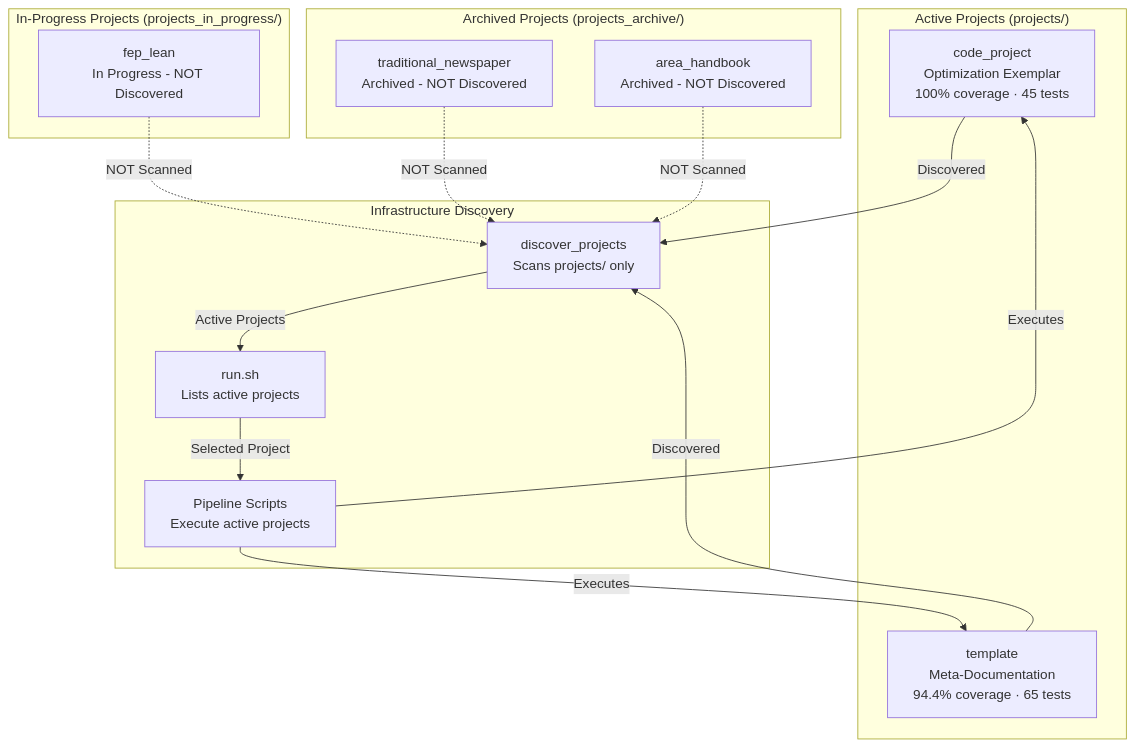
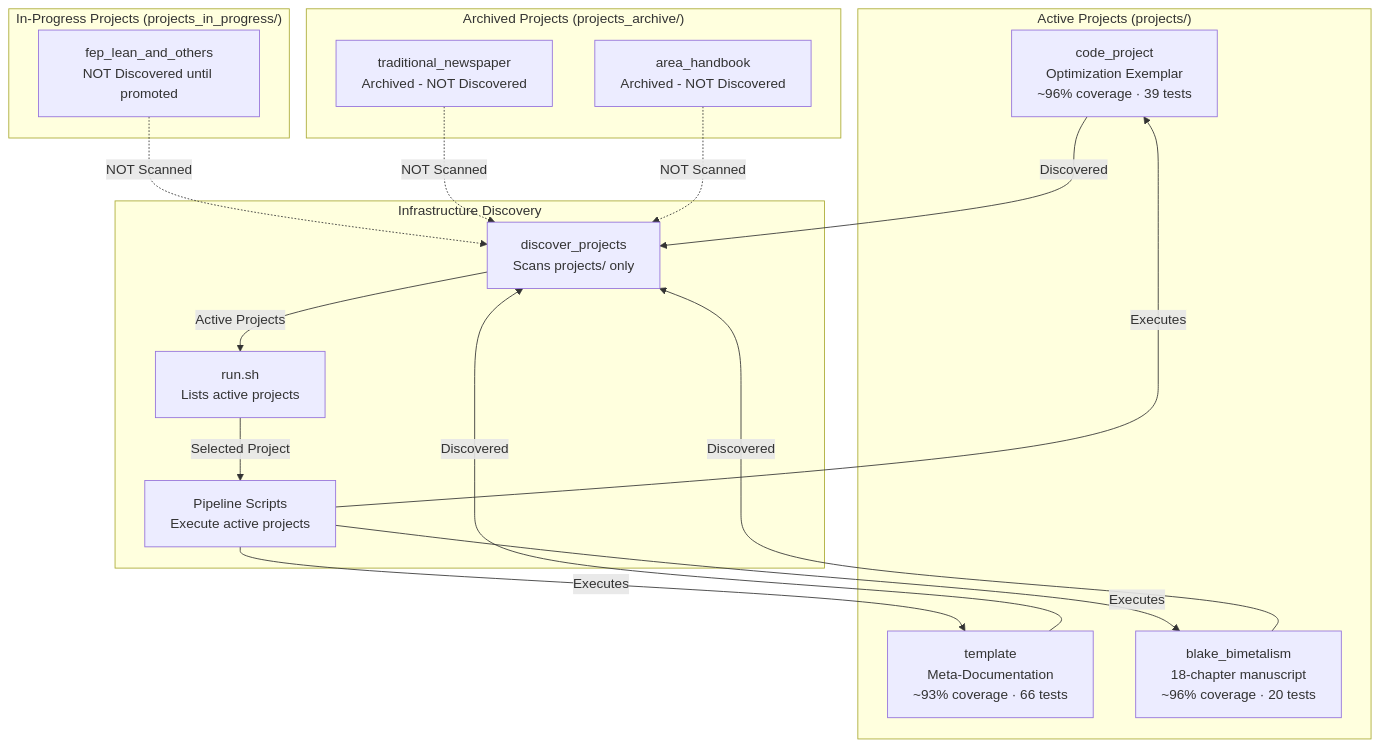
Before and after one commit to docxology/template: the diagram in projects/AGENTS.md, drawn with Mermaid. The commit also changed other lines of this file and 595 other files, not shown here.

````diff
--- a/projects/AGENTS.md
+++ b/projects/AGENTS.md
@@ -61,33 +61,36 @@
 ```mermaid
 graph TD
     subgraph Active["Active Projects (projects/)"]
-        P1[code_project<br/>Optimization Exemplar<br/>100% coverage · 45 tests]
-        P2[template<br/>Meta-Documentation<br/>94.4% coverage · 65 tests]
+        P1[code_project<br/>Optimization Exemplar<br/>~96% coverage · 39 tests]
+        P2[template<br/>Meta-Documentation<br/>~93% coverage · 66 tests]
+        P3[blake_bimetalism<br/>18-chapter manuscript<br/>~96% coverage · 20 tests]
     end
 
     subgraph InProgress["In-Progress Projects (projects_in_progress/)"]
-        IP1[fep_lean<br/>In Progress - NOT Discovered]
+        IP1[fep_lean_and_others<br/>NOT Discovered until promoted]
     end
 
     subgraph Archive["Archived Projects (projects_archive/)"]
         A1[traditional_newspaper<br/>Archived - NOT Discovered]
         A2[area_handbook<br/>Archived - NOT Discovered]
     end
 
     subgraph Infrastructure["Infrastructure Discovery"]
         DISCOVER[discover_projects<br/>Scans projects/ only]
         RUNSH[run.sh<br/>Lists active projects]
         PIPELINE[Pipeline Scripts<br/>Execute active projects]
     end
 
     P1 -->|Discovered| DISCOVER
     P2 -->|Discovered| DISCOVER
+    P3 -->|Discovered| DISCOVER
     IP1 -.->|NOT Scanned| DISCOVER
     A1 -.->|NOT Scanned| DISCOVER
     A2 -.->|NOT Scanned| DISCOVER
 
     DISCOVER -->|Active Projects| RUNSH
     RUNSH -->|Selected Project| PIPELINE
     PIPELINE -->|Executes| P1
     PIPELINE -->|Executes| P2
+    PIPELINE -->|Executes| P3
 ```
````
